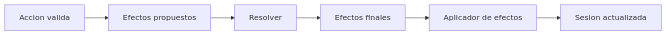
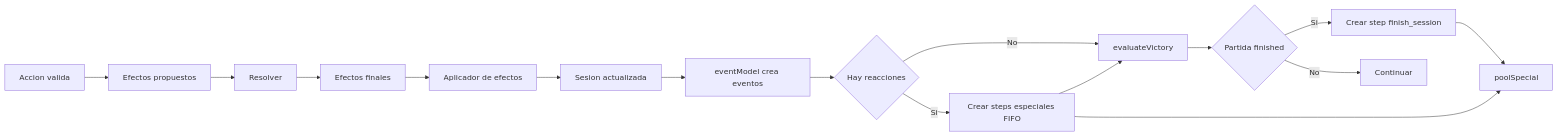
One commit to juanramonmorandeira/castronegro-director changed the eighth of 13 diagrams in docs/engine_flow_map.md. Above: the diagram before and after it, drawn with Mermaid. The commit also changed other lines of this file and 15 other files, not shown here.

````diff
--- a/docs/engine_flow_map.md
+++ b/docs/engine_flow_map.md
@@ -348,8 +354,18 @@
 ```mermaid
 graph LR
   A[Accion valida] --> B[Efectos propuestos]
   B --> C[Resolver]
   C --> D[Efectos finales]
   D --> E[Aplicador de efectos]
   E --> F[Sesion actualizada]
+  F --> G[eventModel crea eventos]
+  G --> H{Hay reacciones}
+  H -->|Si| I[Crear steps especiales FIFO]
+  H -->|No| J[evaluateVictory]
+  I --> J
+  J --> K{Partida finished}
+  K -->|Si| L[Crear step finish_session]
+  K -->|No| M[Continuar]
+  L --> N[poolSpecial]
+  I --> N
 ```
````
